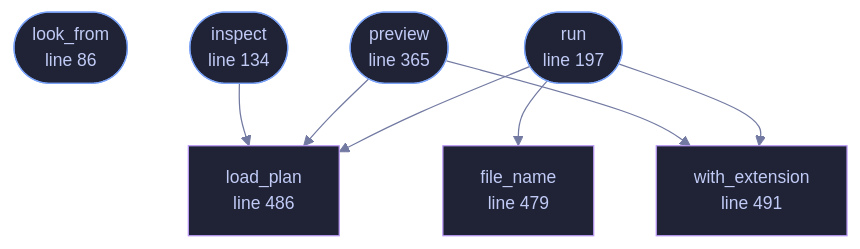
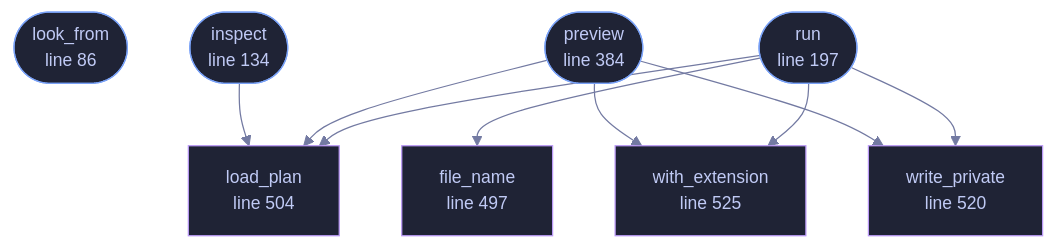
The diagram in docs/files/veilvoice-cli/conversation.md (tilas01/veilvoice), drawn with Mermaid before and after one commit. The commit also changed other lines of this file and 64 other files, not shown here.

````diff
--- a/docs/files/veilvoice-cli/conversation.md
+++ b/docs/files/veilvoice-cli/conversation.md
@@ -118,28 +118,32 @@
 ```mermaid
 %%{init: {"theme":"base","themeVariables":{"background":"#1a1b26","primaryColor":"#1f2335","primaryTextColor":"#c0caf5","primaryBorderColor":"#7aa2f7","secondaryColor":"#16161e","tertiaryColor":"#16161e","lineColor":"#737aa2","textColor":"#c0caf5","mainBkg":"#1f2335","nodeBorder":"#7aa2f7","clusterBkg":"#16161e","clusterBorder":"#2f3549","fontFamily":"ui-monospace, SFMono-Regular, Consolas, monospace","fontSize":"14px"}}}%%
 flowchart TD
     n_look_from(["look_from<br/>line 86"])
     n_inspect(["inspect<br/>line 134"])
     n_run(["run<br/>line 197"])
-    n_preview(["preview<br/>line 365"])
-    n_file_name["file_name<br/>line 479"]
-    n_load_plan["load_plan<br/>line 486"]
-    n_with_extension["with_extension<br/>line 491"]
+    n_preview(["preview<br/>line 384"])
+    n_file_name["file_name<br/>line 497"]
+    n_load_plan["load_plan<br/>line 504"]
+    n_write_private["write_private<br/>line 520"]
+    n_with_extension["with_extension<br/>line 525"]
     n_inspect --> n_load_plan
     n_preview --> n_load_plan
     n_preview --> n_with_extension
+    n_preview --> n_write_private
     n_run --> n_file_name
     n_run --> n_load_plan
     n_run --> n_with_extension
+    n_run --> n_write_private
     click n_look_from href "https://github.com/tilas01/veilvoice/blob/main/crates/veilvoice-cli/src/conversation.rs#L86" "open the source"
     click n_inspect href "https://github.com/tilas01/veilvoice/blob/main/crates/veilvoice-cli/src/conversation.rs#L134" "open the source"
     click n_run href "https://github.com/tilas01/veilvoice/blob/main/crates/veilvoice-cli/src/conversation.rs#L197" "open the source"
-    click n_preview href "https://github.com/tilas01/veilvoice/blob/main/crates/veilvoice-cli/src/conversation.rs#L365" "open the source"
-    click n_file_name href "https://github.com/tilas01/veilvoice/blob/main/crates/veilvoice-cli/src/conversation.rs#L479" "open the source"
-    click n_load_plan href "https://github.com/tilas01/veilvoice/blob/main/crates/veilvoice-cli/src/conversation.rs#L486" "open the source"
-    click n_with_extension href "https://github.com/tilas01/veilvoice/blob/main/crates/veilvoice-cli/src/conversation.rs#L491" "open the source"
+    click n_preview href "https://github.com/tilas01/veilvoice/blob/main/crates/veilvoice-cli/src/conversation.rs#L384" "open the source"
+    click n_file_name href "https://github.com/tilas01/veilvoice/blob/main/crates/veilvoice-cli/src/conversation.rs#L497" "open the source"
+    click n_load_plan href "https://github.com/tilas01/veilvoice/blob/main/crates/veilvoice-cli/src/conversation.rs#L504" "open the source"
+    click n_write_private href "https://github.com/tilas01/veilvoice/blob/main/crates/veilvoice-cli/src/conversation.rs#L520" "open the source"
+    click n_with_extension href "https://github.com/tilas01/veilvoice/blob/main/crates/veilvoice-cli/src/conversation.rs#L525" "open the source"
     classDef entry fill:#1f2335,stroke:#7aa2f7,color:#c0caf5
     class n_look_from,n_inspect,n_run,n_preview entry
     classDef helper fill:#1f2335,stroke:#bb9af7,color:#c0caf5
-    class n_file_name,n_load_plan,n_with_extension helper
+    class n_file_name,n_load_plan,n_write_private,n_with_extension helper
 ```
````
